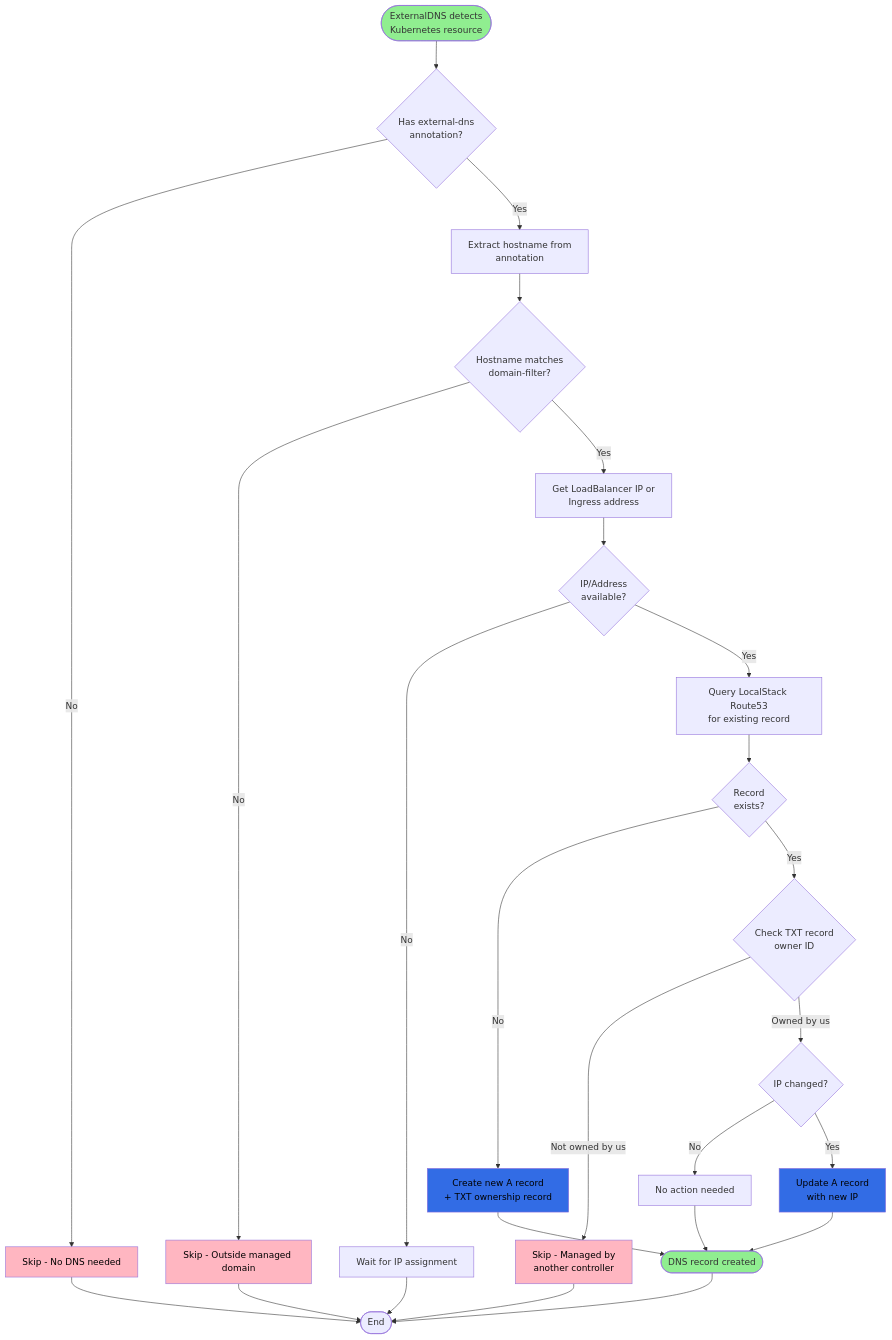
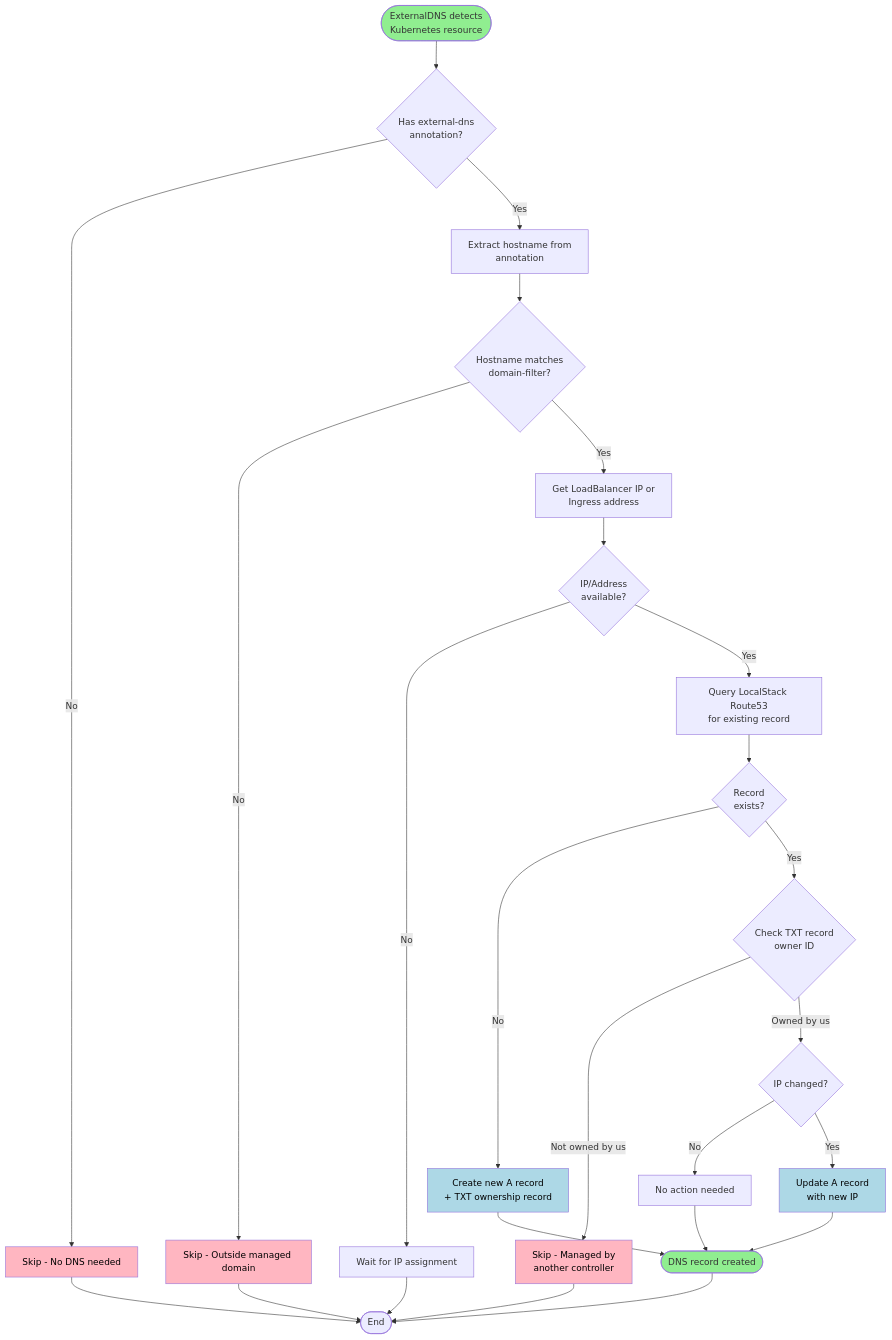
One commit to kubernetes-sigs/external-dns changed the third of 3 diagrams in docs/tutorials/aws-localstack.md. Above: the diagram before and after it, drawn with Mermaid.

Commit message:
docs(aws): tutorial with kind and localstack

````diff
--- a/docs/tutorials/aws-localstack.md
+++ b/docs/tutorials/aws-localstack.md
@@ -435,43 +435,43 @@
 ```mermaid
 flowchart TD
     Start([ExternalDNS detects<br/>Kubernetes resource])
 
     Start --> CheckAnnotation{Has external-dns<br/>annotation?}
     CheckAnnotation -->|No| Skip[Skip - No DNS needed]
     CheckAnnotation -->|Yes| ExtractHost[Extract hostname from<br/>annotation]
 
     ExtractHost --> CheckDomain{Hostname matches<br/>domain-filter?}
     CheckDomain -->|No| Skip2[Skip - Outside managed domain]
     CheckDomain -->|Yes| GetIP[Get LoadBalancer IP or<br/>Ingress address]
 
     GetIP --> CheckIP{IP/Address<br/>available?}
     CheckIP -->|No| Wait[Wait for IP assignment]
     CheckIP -->|Yes| QueryRoute53[Query LocalStack Route53<br/>for existing record]
 
     QueryRoute53 --> CheckExists{Record<br/>exists?}
     CheckExists -->|No| Create[Create new A record<br/>+ TXT ownership record]
     CheckExists -->|Yes| CheckOwner{Check TXT record<br/>owner ID}
 
     CheckOwner -->|Not owned by us| Skip3[Skip - Managed by<br/>another controller]
     CheckOwner -->|Owned by us| CheckIP2{IP changed?}
 
     CheckIP2 -->|No| NoAction[No action needed]
     CheckIP2 -->|Yes| Update[Update A record<br/>with new IP]
 
     Create --> Success([DNS record created])
     Update --> Success
     NoAction --> Success
     Skip --> End([End])
     Skip2 --> End
     Skip3 --> End
     Wait --> End
     Success --> End
 
     style Start fill:#90EE90
     style Success fill:#90EE90
-    style Create fill:#326ce5,color:#000
-    style Update fill:#326ce5,color:#000
+    style Create fill:#ADD8E6,color:#000
+    style Update fill:#ADD8E6,color:#000
     style Skip fill:#FFB6C1,color:#000
     style Skip2 fill:#FFB6C1,color:#000
     style Skip3 fill:#FFB6C1,color:#000
 ```
````
